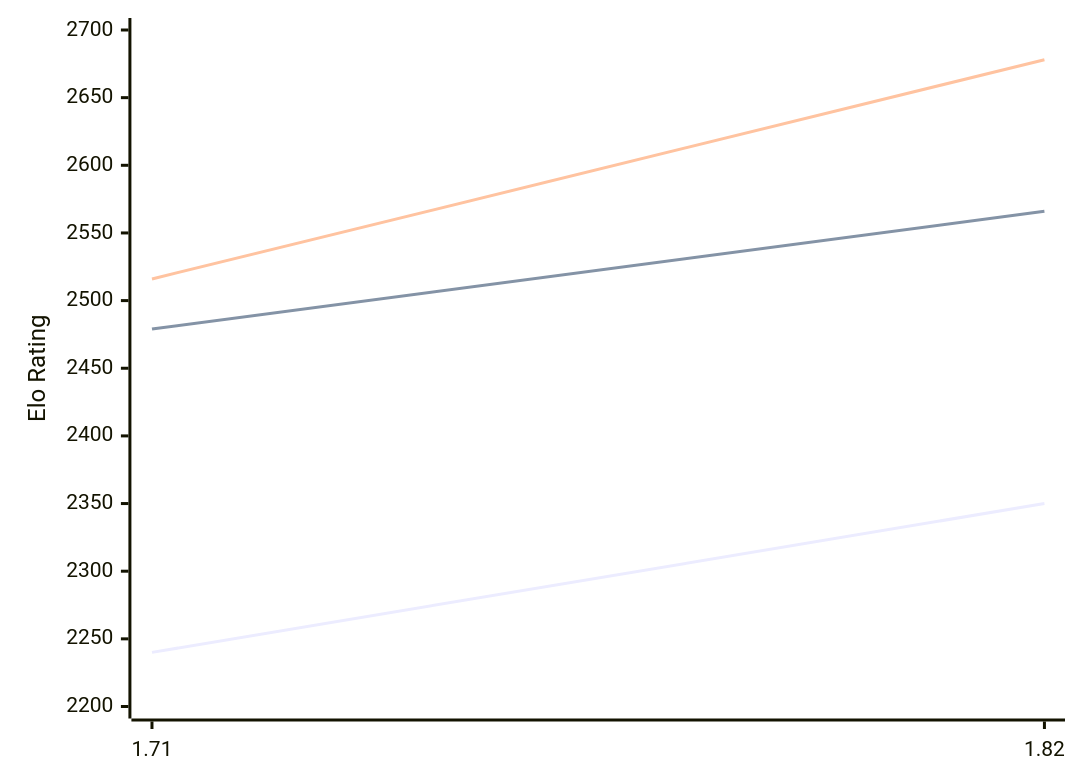
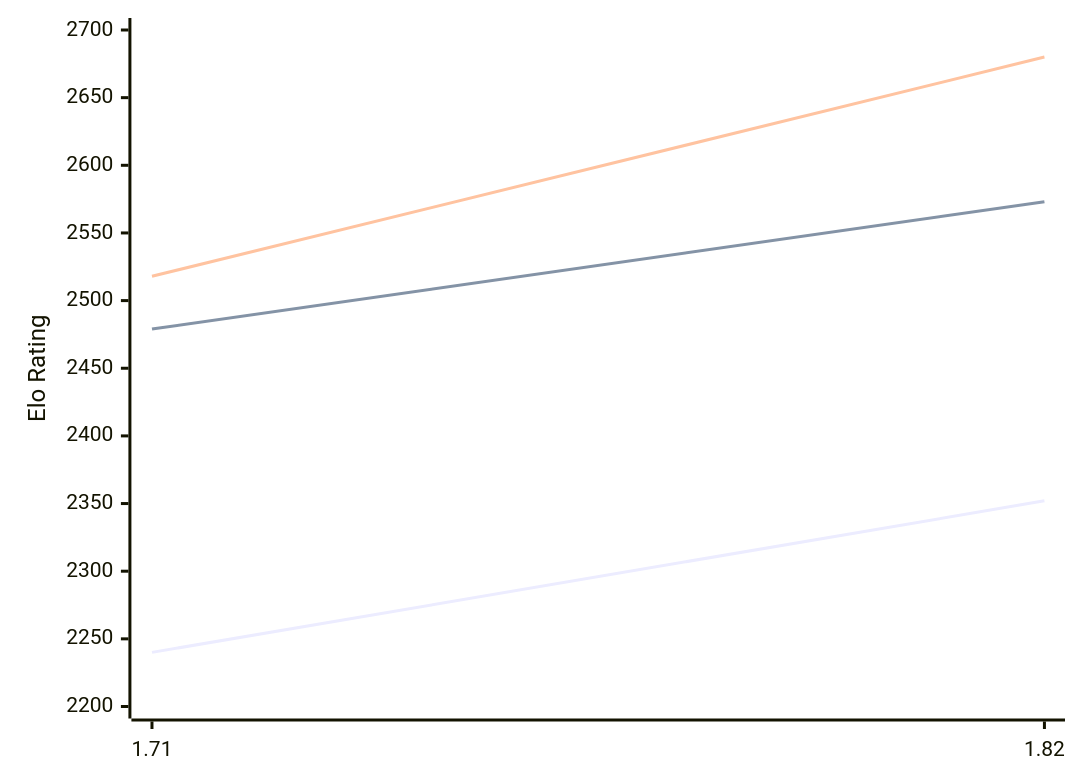
The diagram in engines/Amira.md (computer-chess-index/cci), drawn with Mermaid before and after one commit. The commit also changed other lines of this file, not shown here.

Commit message:
Update CCI Ratings (ELO VLTC) - 2026-02-13

````diff
--- a/engines/Amira.md
+++ b/engines/Amira.md
@@ -32,9 +32,9 @@
 ```mermaid
 %%{init: {"theme":"base","themeVariables":{"seriesColors:['#a3a3a3','#222221','#faa371']}}}%%
 xychart-beta
   x-axis ["1.71", "1.82"]
   y-axis "Elo Rating" 2200 --> 2700
-  line "STC (8.0+0.08s)" [2240, 2350]
-  line "LTC (60.0+0.60s)" [2479, 2566]
-  line "VLTC (2m24s+1.12s)" [2516, 2678]
+  line "STC (8.0+0.08s)" [2240, 2352]
+  line "LTC (60.0+0.60s)" [2479, 2573]
+  line "VLTC (2m24s+1.12s)" [2518, 2680]
 ```
````
